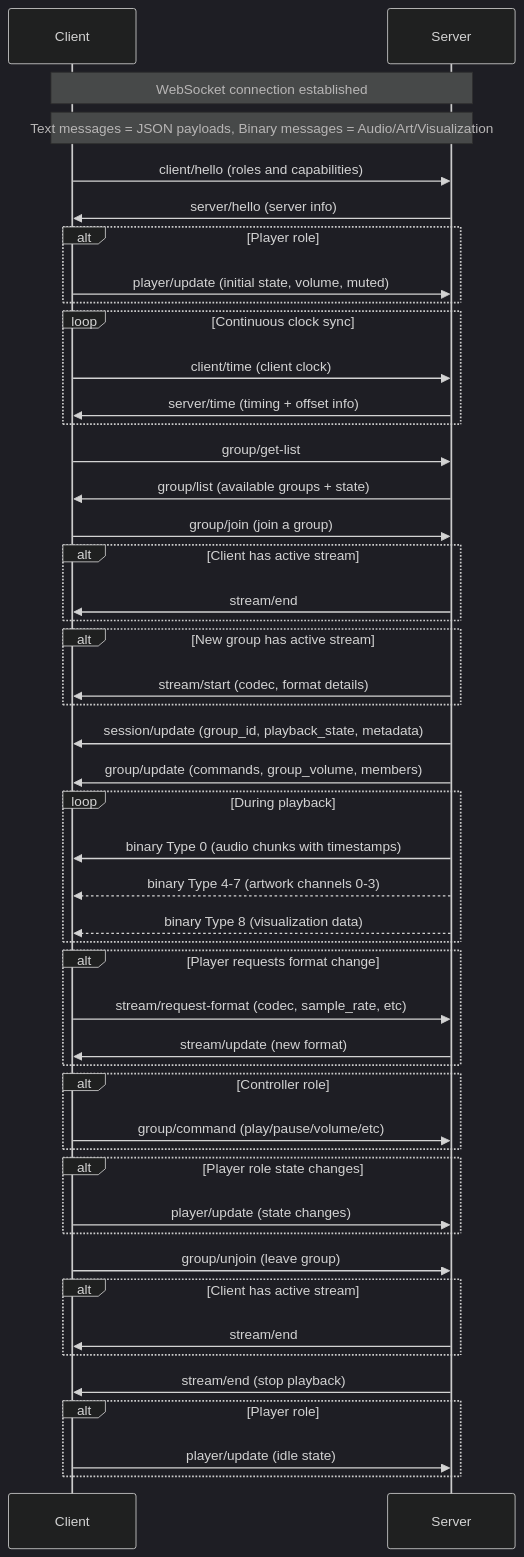
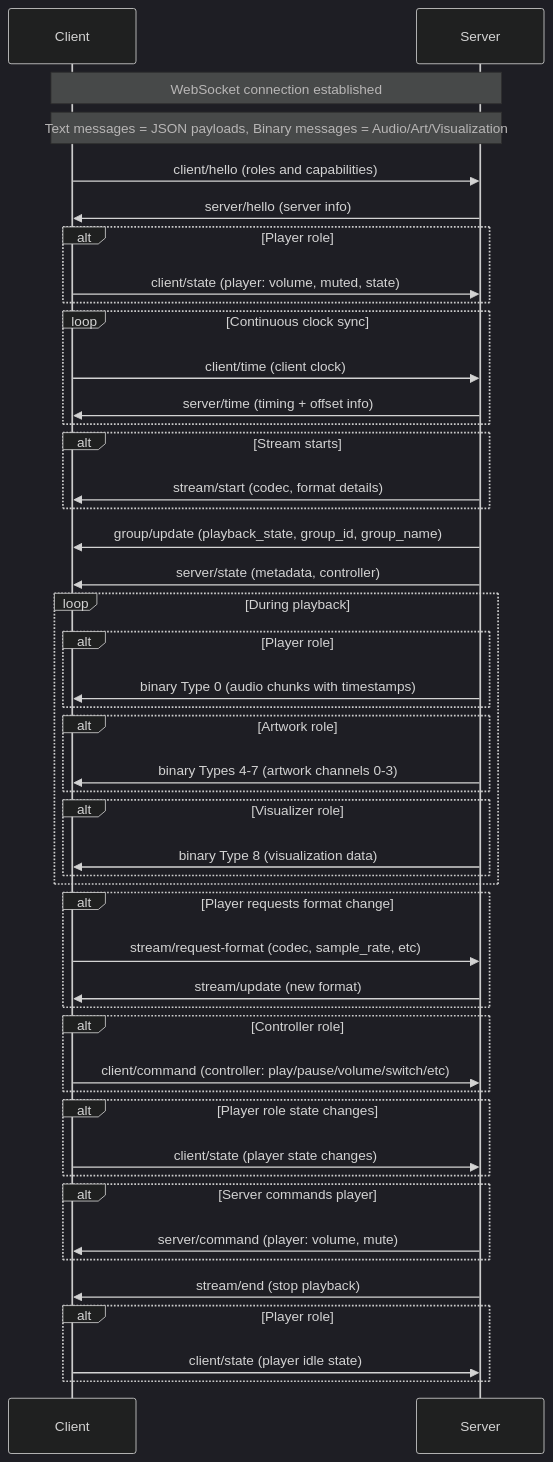
The diagram in README.md (Resonate-Protocol/spec), drawn with Mermaid (dark theme) before and after one commit.

Commit message:
Fix mermaid diagram

````diff
--- a/README.md
+++ b/README.md
@@ -102,64 +102,62 @@
 ```mermaid
 sequenceDiagram
     participant Client
     participant Server
 
     Note over Client,Server: WebSocket connection established
 
     Note over Client,Server: Text messages = JSON payloads, Binary messages = Audio/Art/Visualization
 
     Client->>Server: client/hello (roles and capabilities)
     Server->>Client: server/hello (server info)
 
     alt Player role
-        Client->>Server: player/update (initial state, volume, muted)
+        Client->>Server: client/state (player: volume, muted, state)
     end
 
     loop Continuous clock sync
         Client->>Server: client/time (client clock)
         Server->>Client: server/time (timing + offset info)
     end
 
-    Client->>Server: group/get-list
-    Server->>Client: group/list (available groups + state)
-
-    Client->>Server: group/join (join a group)
-    alt Client has active stream
-        Server->>Client: stream/end
-    end
-    alt New group has active stream
+    alt Stream starts
         Server->>Client: stream/start (codec, format details)
     end
 
-    Server->>Client: session/update (group_id, playback_state, metadata)
-    Server->>Client: group/update (commands, group_volume, members)
+    Server->>Client: group/update (playback_state, group_id, group_name)
+    Server->>Client: server/state (metadata, controller)
 
     loop During playback
-        Server->>Client: binary Type 0 (audio chunks with timestamps)
-        Server-->>Client: binary Type 4-7 (artwork channels 0-3)
-        Server-->>Client: binary Type 8 (visualization data)
+        alt Player role
+            Server->>Client: binary Type 0 (audio chunks with timestamps)
+        end
+        alt Artwork role
+            Server->>Client: binary Types 4-7 (artwork channels 0-3)
+        end
+        alt Visualizer role
+            Server->>Client: binary Type 8 (visualization data)
+        end
     end
 
     alt Player requests format change
         Client->>Server: stream/request-format (codec, sample_rate, etc)
         Server->>Client: stream/update (new format)
     end
 
     alt Controller role
-        Client->>Server: group/command (play/pause/volume/etc)
+        Client->>Server: client/command (controller: play/pause/volume/switch/etc)
     end
 
     alt Player role state changes
-        Client->>Server: player/update (state changes)
+        Client->>Server: client/state (player state changes)
     end
 
-    Client->>Server: group/unjoin (leave group)
-    alt Client has active stream
-        Server->>Client: stream/end
+    alt Server commands player
+        Server->>Client: server/command (player: volume, mute)
     end
 
     Server->>Client: stream/end (stop playback)
     alt Player role
-        Client->>Server: player/update (idle state)
+        Client->>Server: client/state (player idle state)
     end
 ```
````
